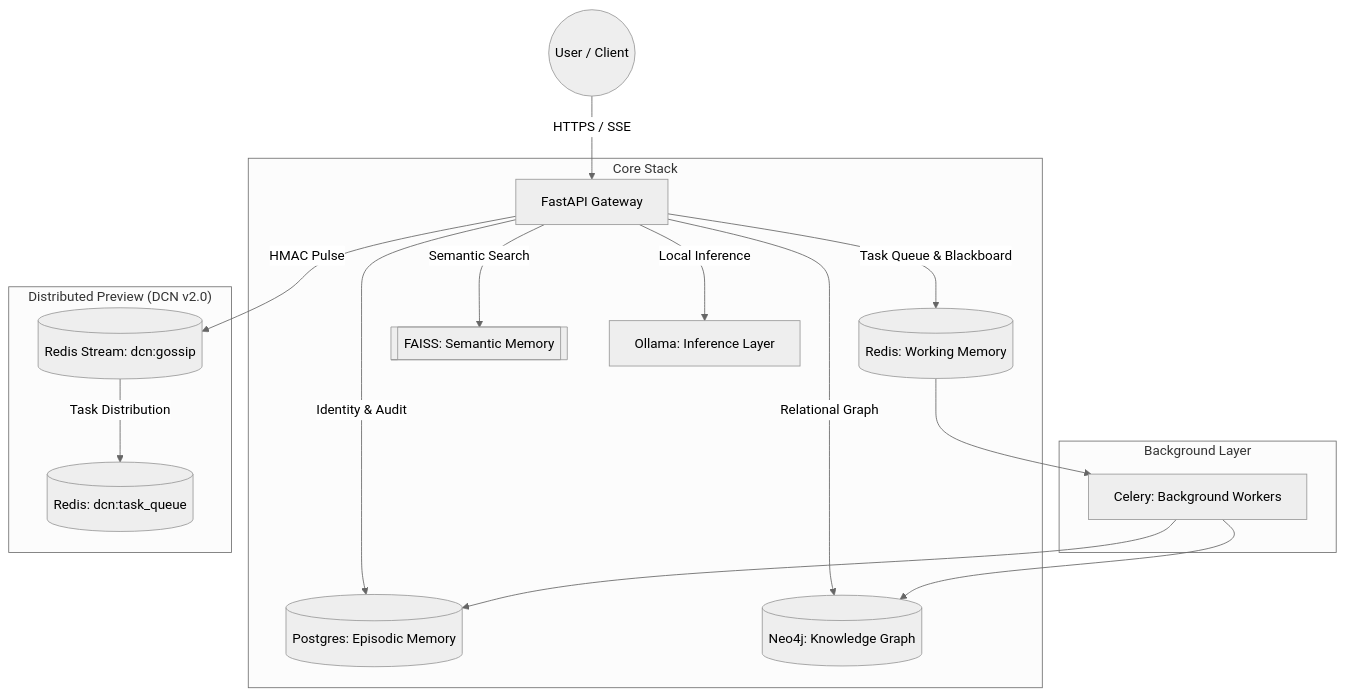
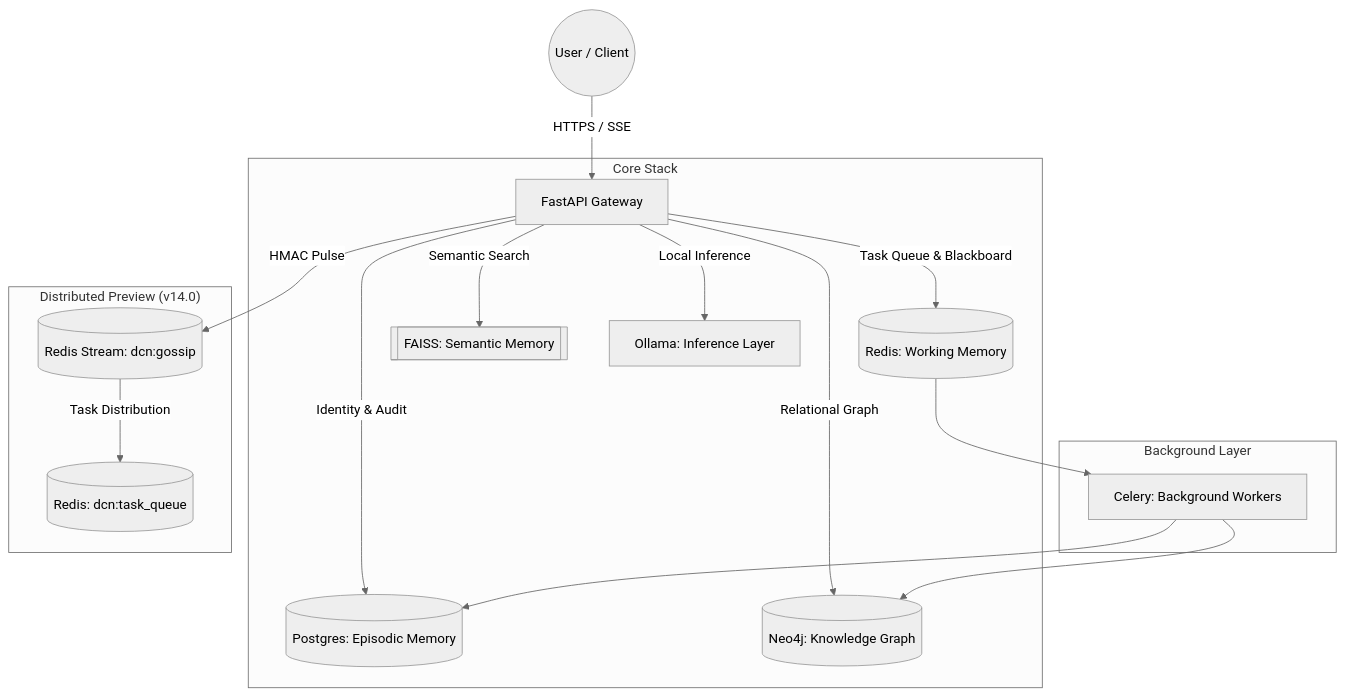
One commit to Blackdrg/levi-ai-innovate changed the diagram in docs/DEPLOYMENT.md. Above: the diagram before and after it, drawn with Mermaid (neutral theme). The commit also changed other lines of this file and 15 other files, not shown here.

````diff
--- a/docs/DEPLOYMENT.md
+++ b/docs/DEPLOYMENT.md
@@ -10,23 +10,23 @@
 ```mermaid
 graph TD
     User((User / Client)) -->|HTTPS / SSE| Gateway[FastAPI Gateway]
 
     subgraph "Core Stack"
         Gateway -->|Identity & Audit| Postgres[(Postgres: Episodic Memory)]
         Gateway -->|Task Queue & Blackboard| Redis[(Redis: Working Memory)]
         Gateway -->|Relational Graph| Neo4j[(Neo4j: Knowledge Graph)]
         Gateway -->|Semantic Search| FAISS[[FAISS: Semantic Memory]]
         Gateway -->|Local Inference| Ollama[Ollama: Inference Layer]
     end
     
     subgraph "Background Layer"
         Redis --> Worker[Celery: Background Workers]
         Worker --> Postgres
         Worker --> Neo4j
     end
     
-    subgraph "Distributed Preview (DCN v2.0)"
+    subgraph "Distributed Preview (v14.0)"
         Gateway -->|HMAC Pulse| GossipStream[(Redis Stream: dcn:gossip)]
         GossipStream -->|Task Distribution| TaskQueue[(Redis: dcn:task_queue)]
     end
 ```
````
